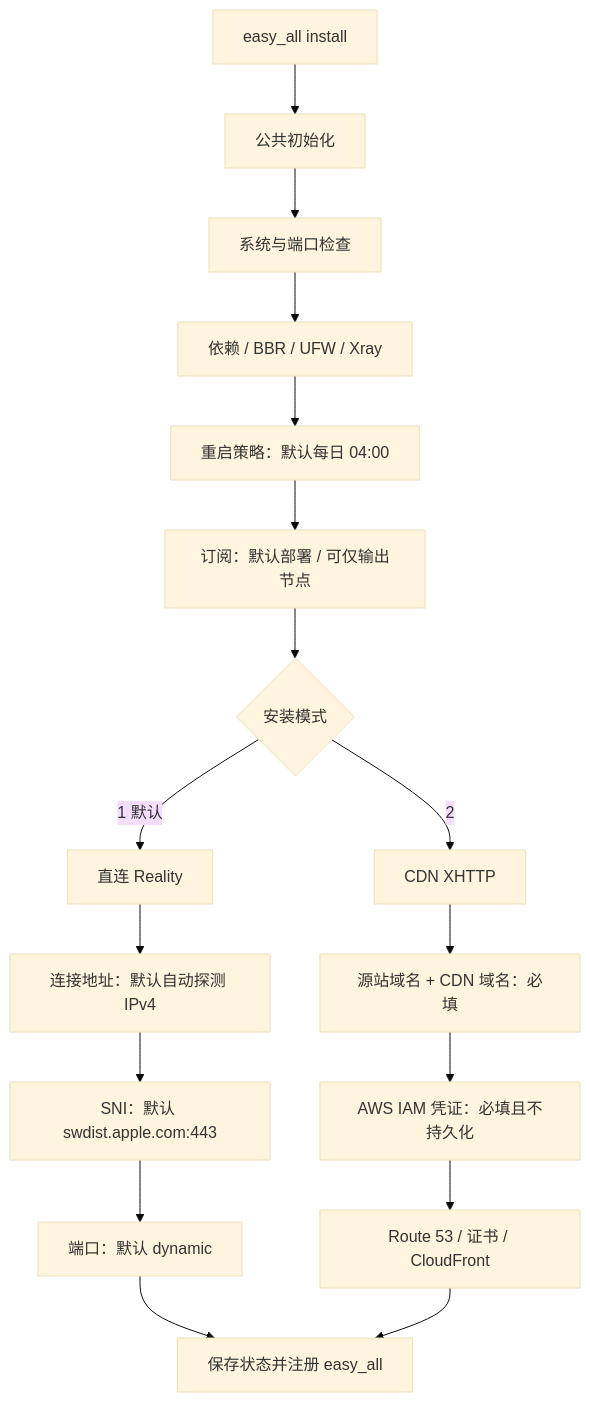
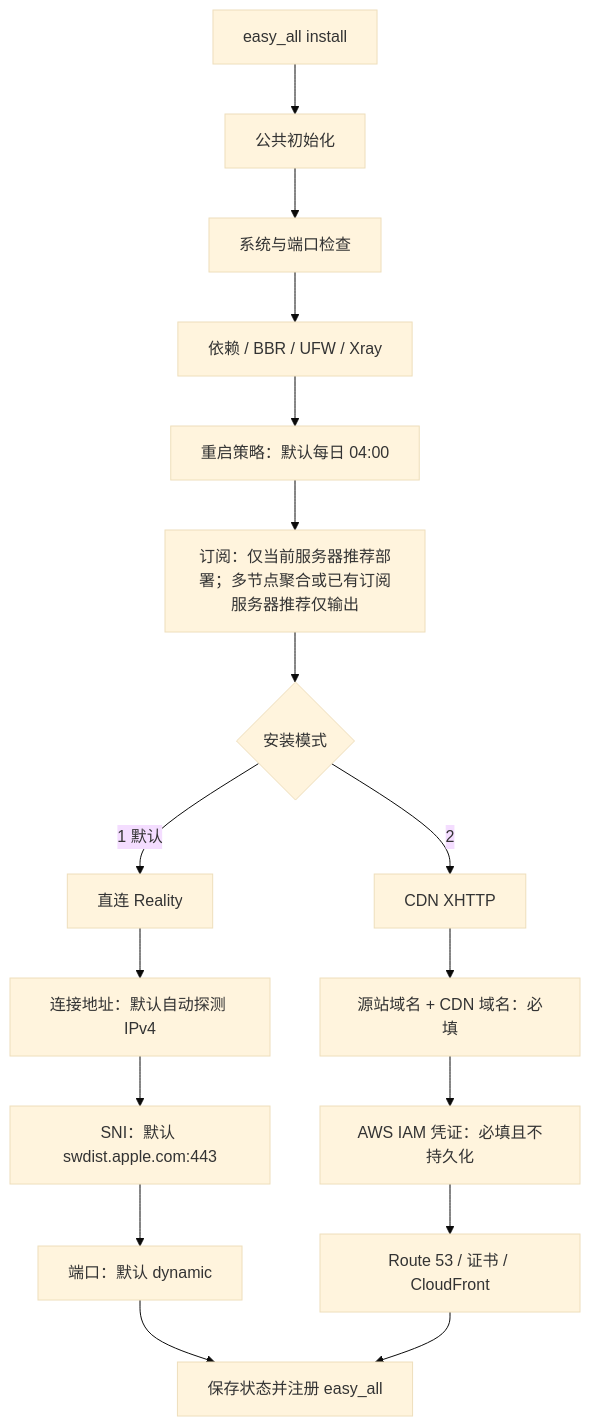
Before and after one commit to v2yiz/easy_all: the diagram in README.md, drawn with Mermaid (base theme). The commit also changed other lines of this file and 6 other files, not shown here.

````diff
--- a/README.md
+++ b/README.md
@@ -61,21 +61,21 @@
 ```mermaid
 flowchart TD
     A[easy_all install] --> B[公共初始化]
     B --> B1[系统与端口检查]
     B1 --> B2[依赖 / BBR / UFW / Xray]
     B2 --> B3[重启策略：默认每日 04:00]
-    B3 --> S[订阅：默认部署 / 可仅输出节点]
+    B3 --> S[订阅：仅当前服务器推荐部署；多节点聚合或已有订阅服务器推荐仅输出]
     S --> C{安装模式}
 
     C -->|1 默认| R[直连 Reality]
     R --> R1[连接地址：默认自动探测 IPv4]
     R1 --> R2[SNI：默认 swdist.apple.com:443]
     R2 --> R3[端口：默认 dynamic]
     R3 --> Z[保存状态并注册 easy_all]
 
     C -->|2| X[CDN XHTTP]
     X --> X1[源站域名 + CDN 域名：必填]
     X1 --> X2[AWS IAM 凭证：必填且不持久化]
     X2 --> X3[Route 53 / 证书 / CloudFront]
     X3 --> Z
 ```
````
